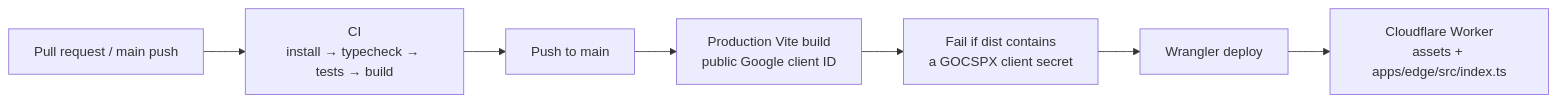
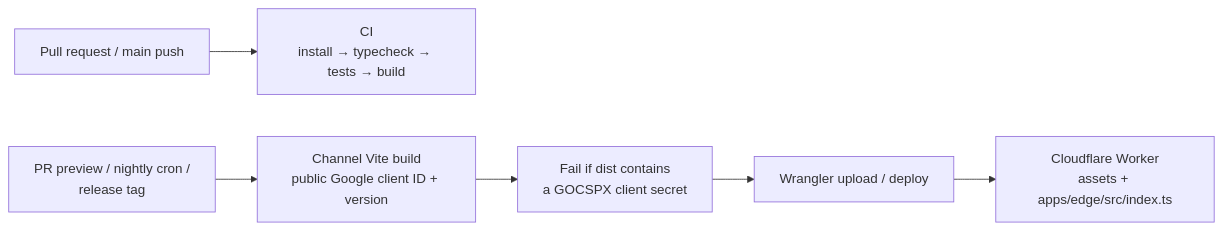
The sixth of 6 diagrams in docs/architecture.md (krmznkr/julian), drawn with Mermaid before and after one commit. The commit also changed other lines of this file and 40 other files, not shown here.

Commit message:
ci: release pipeline with preview, nightly and gradual stable channels (#40)

````diff
--- a/docs/architecture.md
+++ b/docs/architecture.md
@@ -281,13 +281,13 @@
 ```mermaid
 flowchart LR
   pr["Pull request / main push"]
   ci["CI<br/>install → typecheck → tests → build"]
-  main["Push to main"]
-  prodBuild["Production Vite build<br/>public Google client ID"]
+  trigger["PR preview / nightly cron /<br/>release tag"]
+  prodBuild["Channel Vite build<br/>public Google client ID + version"]
   secretScan["Fail if dist contains<br/>a GOCSPX client secret"]
-  wrangler["Wrangler deploy"]
+  wrangler["Wrangler upload / deploy"]
   worker["Cloudflare Worker<br/>assets + apps/edge/src/index.ts"]
 
   pr --> ci
-  ci --> main --> prodBuild --> secretScan --> wrangler --> worker
+  trigger --> prodBuild --> secretScan --> wrangler --> worker
 ```
````
